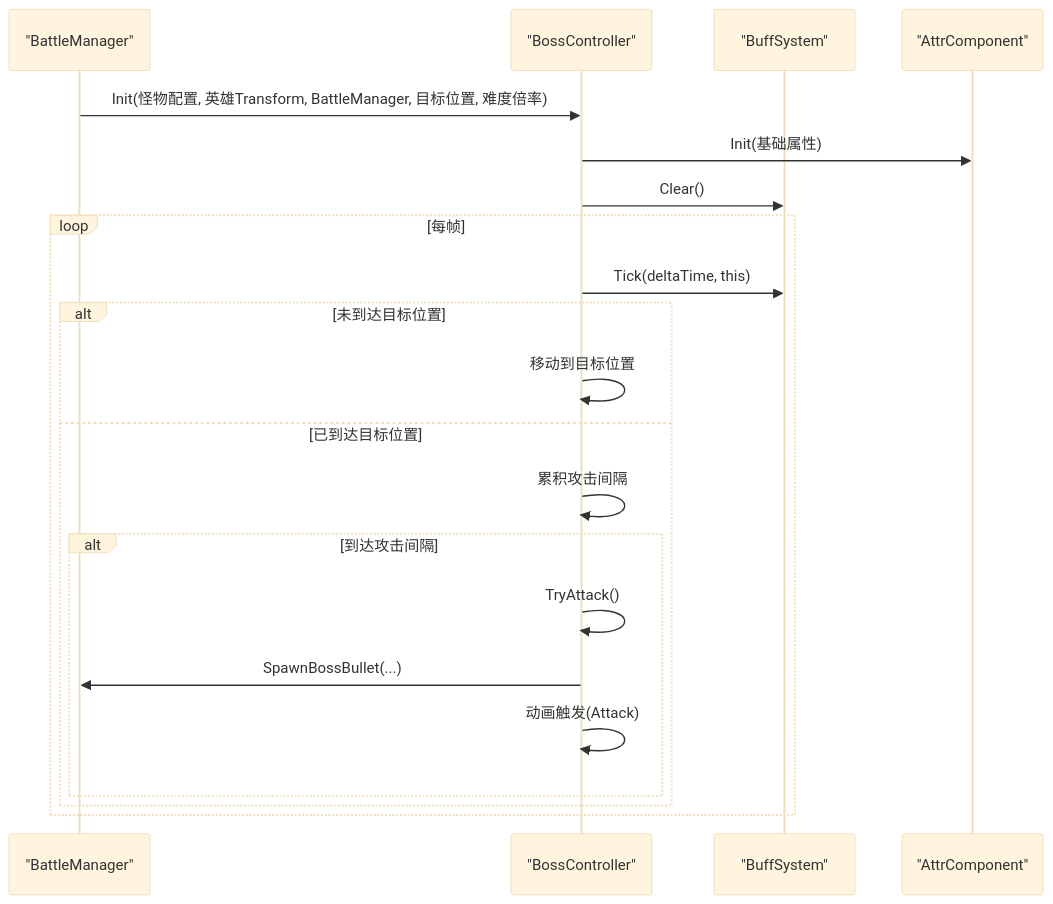
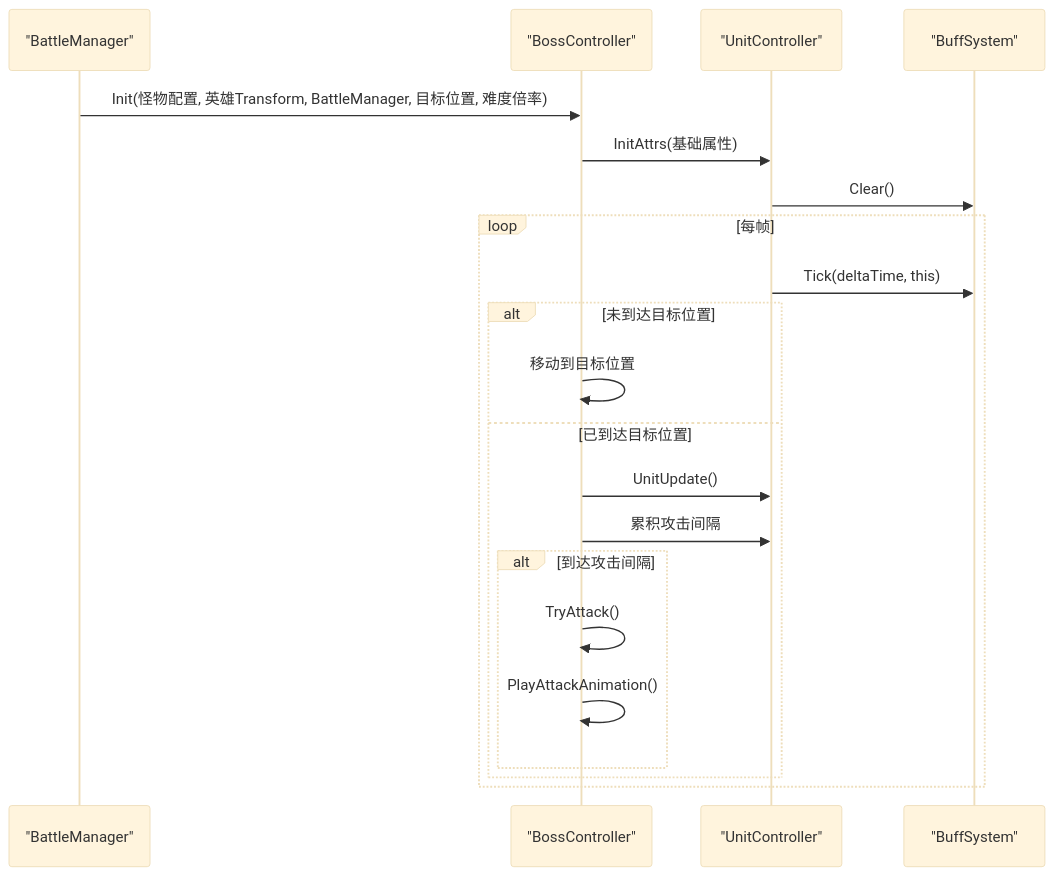
One commit to Tuusen/p1_client changed the fifth of 7 diagrams in .qoder/repowiki/zh/content/战斗系统/角色控制器/角色控制器.md. Above: the diagram before and after it, drawn with Mermaid (base theme). The commit also changed other lines of this file and 13 other files, not shown here.

````diff
--- a/.qoder/repowiki/zh/content/战斗系统/角色控制器/角色控制器.md
+++ b/.qoder/repowiki/zh/content/战斗系统/角色控制器/角色控制器.md
@@ -315,23 +363,23 @@
 ```mermaid
 sequenceDiagram
 participant BM as "BattleManager"
 participant BC as "BossController"
+participant UC as "UnitController"
 participant BS as "BuffSystem"
-participant AC as "AttrComponent"
 BM->>BC : Init(怪物配置, 英雄Transform, BattleManager, 目标位置, 难度倍率)
-BC->>AC : Init(基础属性)
-BC->>BS : Clear()
+BC->>UC : InitAttrs(基础属性)
+UC->>BS : Clear()
 loop 每帧
-BC->>BS : Tick(deltaTime, this)
+UC->>BS : Tick(deltaTime, this)
 alt 未到达目标位置
 BC->>BC : 移动到目标位置
 else 已到达目标位置
-BC->>BC : 累积攻击间隔
+BC->>UC : UnitUpdate()
+BC->>UC : 累积攻击间隔
 alt 到达攻击间隔
 BC->>BC : TryAttack()
-BC->>BM : SpawnBossBullet(...)
-BC->>BC : 动画触发(Attack)
+BC->>BC : PlayAttackAnimation()
 end
 end
 end
 ```
````
